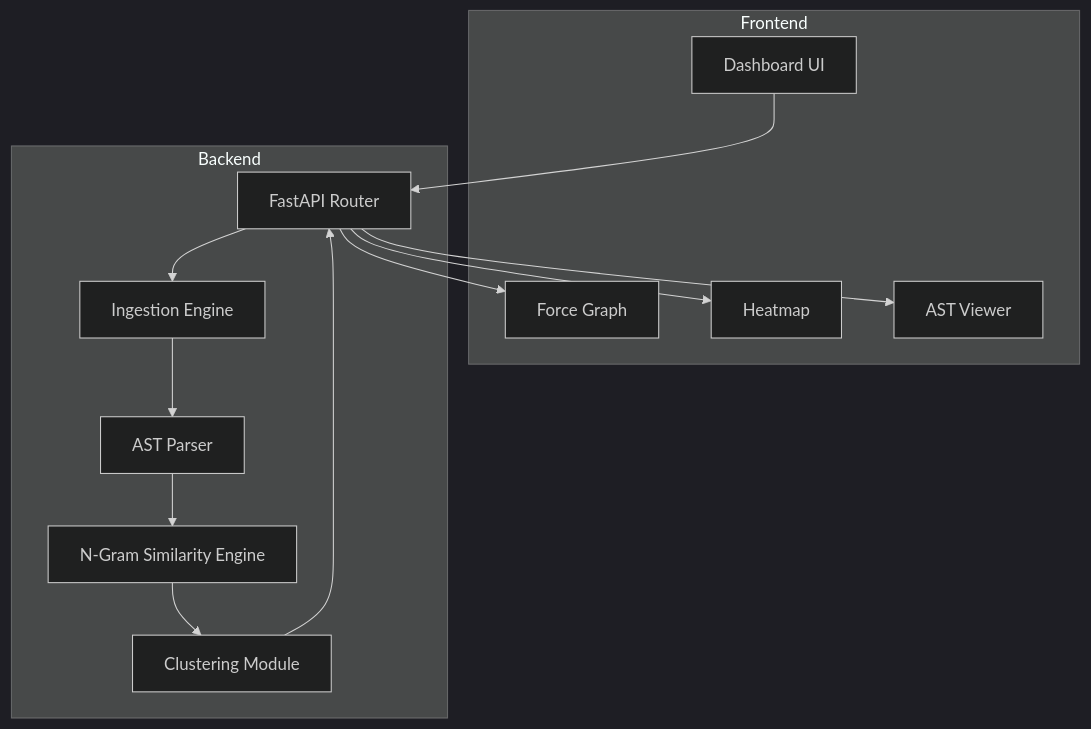
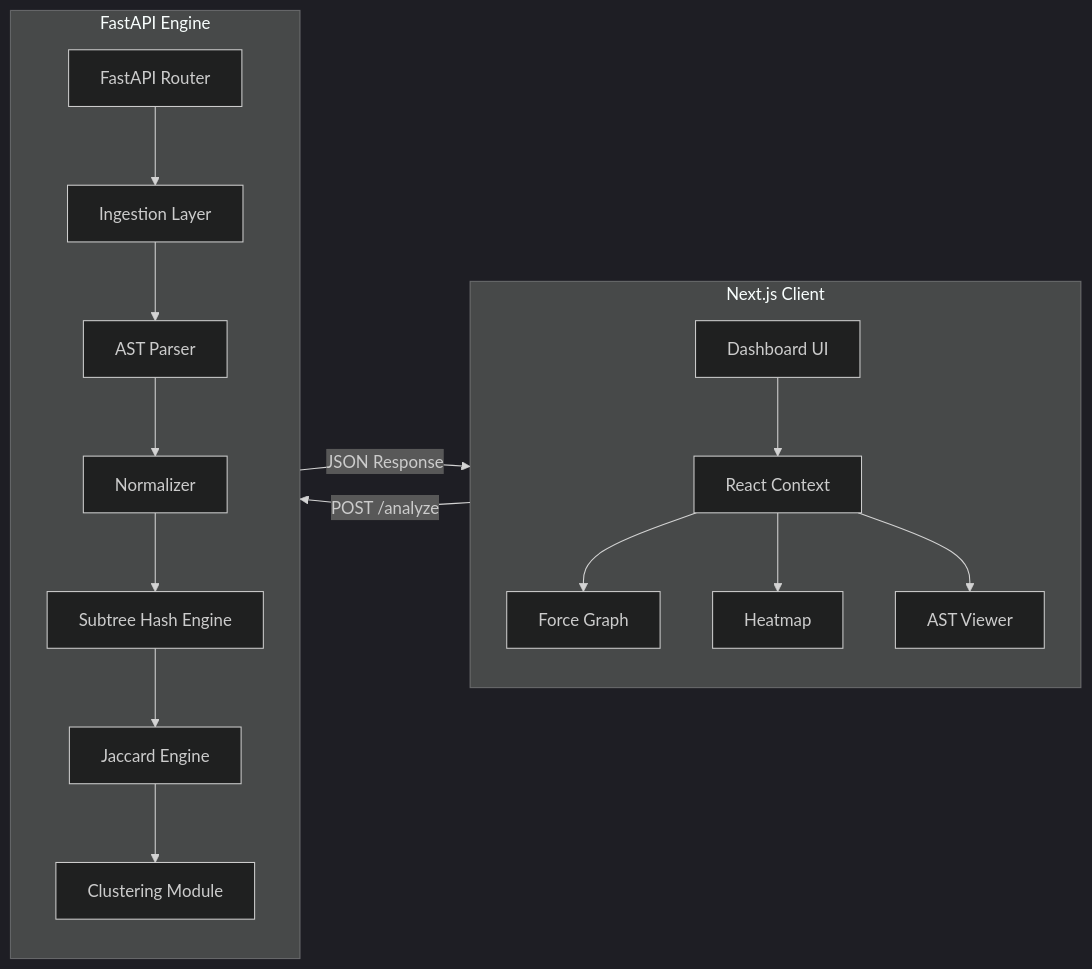
Before and after one commit to AbhimanRajCoder/CLONIQ: the first of 4 diagrams in README.md, drawn with Mermaid (dark theme). The commit also changed other lines of this file, not shown here.

````diff
--- a/README.md
+++ b/README.md
@@ -97,27 +43,35 @@
 ```mermaid
-graph TD
-    subgraph Frontend
-        A[Dashboard UI]
-        B[Force Graph]
-        C[Heatmap]
-        D[AST Viewer]
+flowchart LR
+    subgraph Frontend["Next.js Client"]
+        UI["Dashboard UI"]
+        State["React Context"]
+        Graph["Force Graph"]
+        Heatmap["Heatmap"]
+        ASTViewer["AST Viewer"]
     end
 
-    subgraph Backend
-        E[FastAPI Router]
-        F[Ingestion Engine]
-        G[AST Parser]
-        H[N-Gram Similarity Engine]
-        I[Clustering Module]
+    subgraph Backend["FastAPI Engine"]
+        API["FastAPI Router"]
+        Ingest["Ingestion Layer"]
+        Parser["AST Parser"]
+        Normalize["Normalizer"]
+        Hash["Subtree Hash Engine"]
+        Similarity["Jaccard Engine"]
+        Cluster["Clustering Module"]
     end
 
-    A --> E
-    E --> F
-    F --> G
-    G --> H
-    H --> I
-    I --> E
-    E --> B
-    E --> C
-    E --> D
+    UI --> State
+    State --> Graph
+    State --> Heatmap
+    State --> ASTViewer
+
+    API --> Ingest
+    Ingest --> Parser
+    Parser --> Normalize
+    Normalize --> Hash
+    Hash --> Similarity
+    Similarity --> Cluster
+
+    Frontend -->|POST /analyze| Backend
+    Backend -->|JSON Response| Frontend
 ```
````
